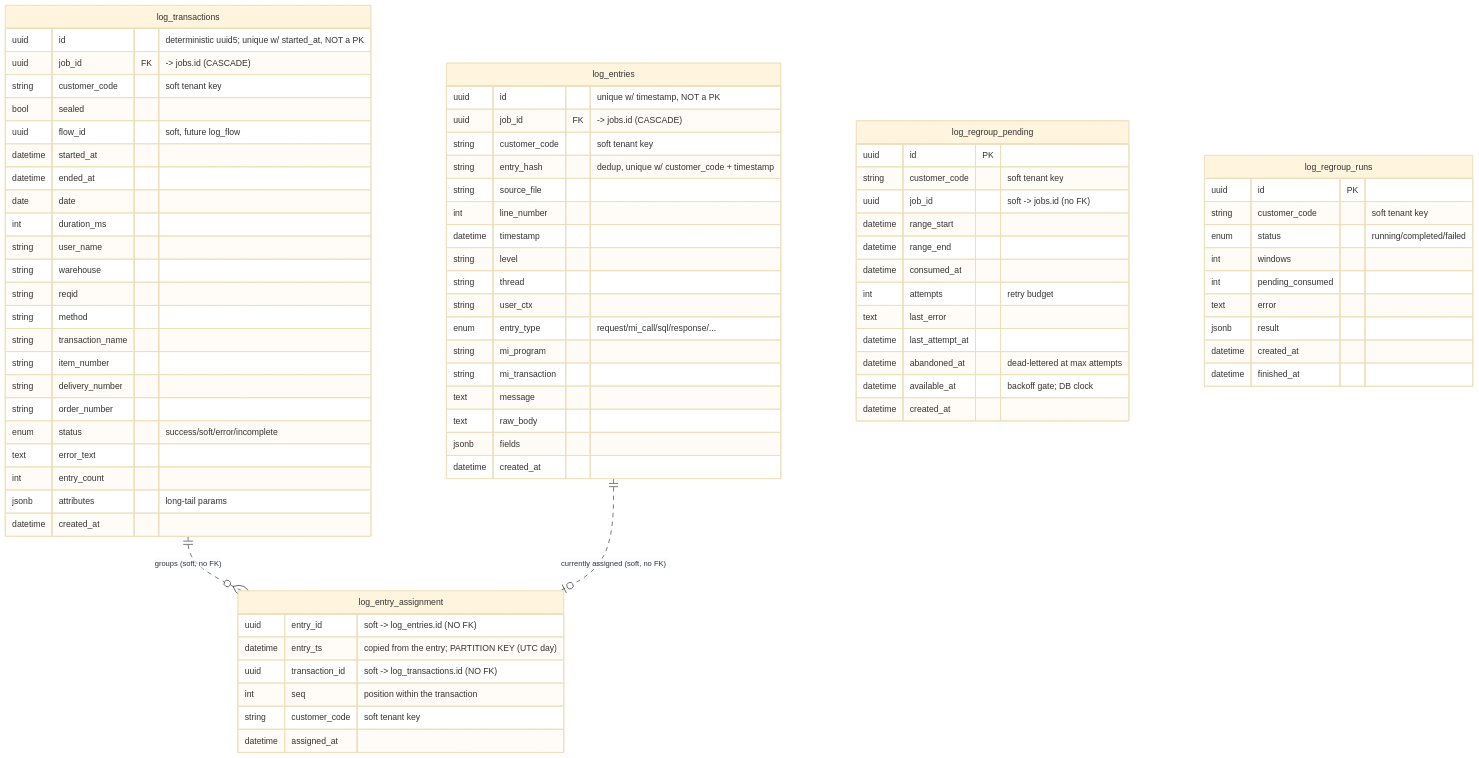
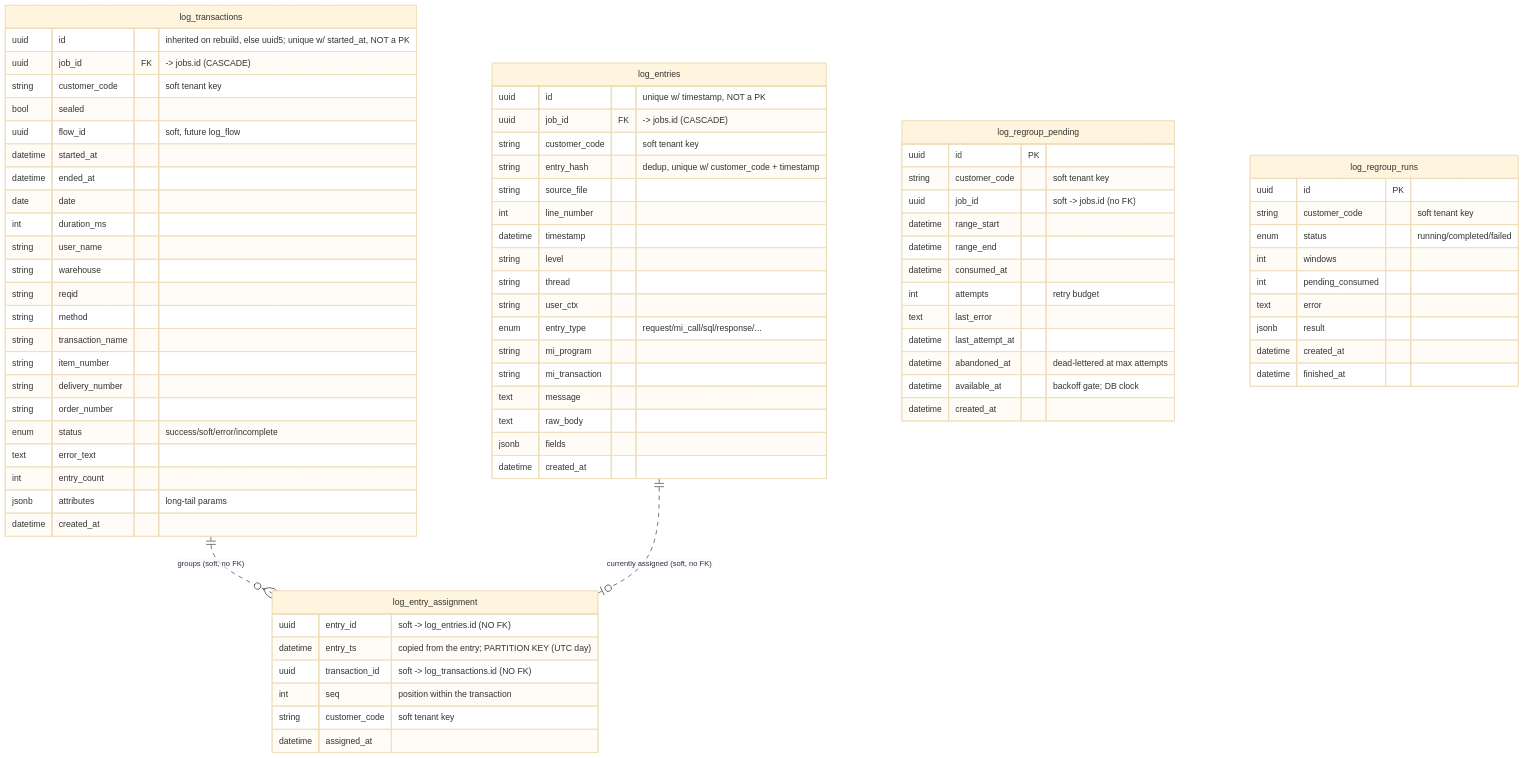
The fourth of 10 diagrams in docs/database-er-diagram.md (eamtalu/RAG-PipeLine), drawn with Mermaid (base theme) before and after one commit. The commit also changed other lines of this file and 6 other files, not shown here.

````diff
--- a/docs/database-er-diagram.md
+++ b/docs/database-er-diagram.md
@@ -186,7 +186,7 @@
 ```mermaid
 erDiagram
     log_transactions {
-        uuid id "deterministic uuid5; unique w/ started_at, NOT a PK"
+        uuid id "inherited on rebuild, else uuid5; unique w/ started_at, NOT a PK"
         uuid job_id FK "-> jobs.id (CASCADE)"
         string customer_code "soft tenant key"
         bool sealed
````
